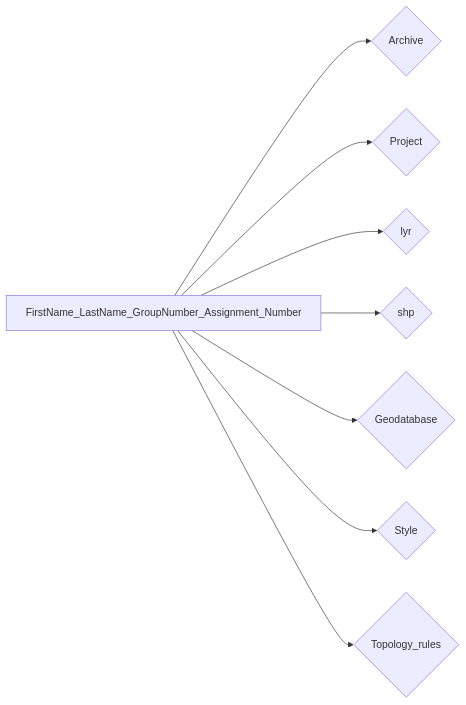
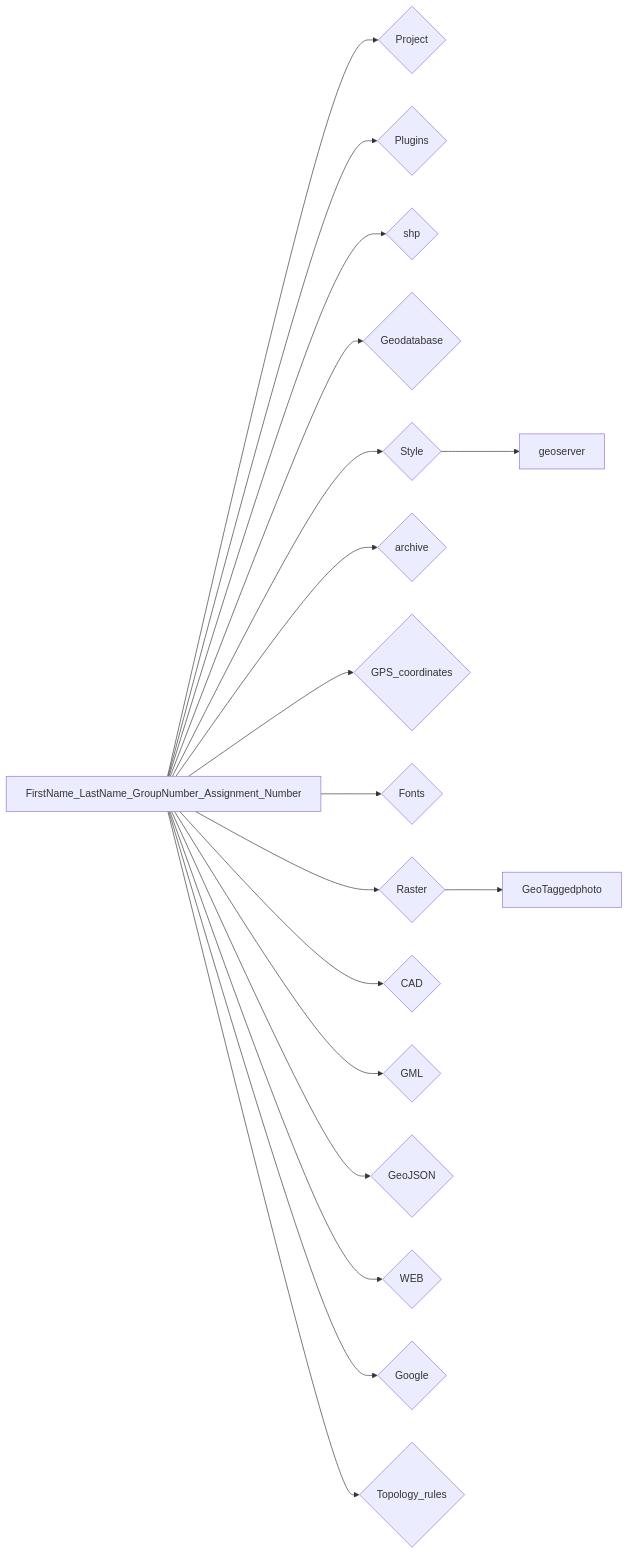
The diagram in docs/GIS_SKA/Lab/Topology.md (ezdanapak/GTU-GIS), drawn with Mermaid before and after one commit. The commit also changed other lines of this file, not shown here.

````diff
--- a/docs/GIS_SKA/Lab/Topology.md
+++ b/docs/GIS_SKA/Lab/Topology.md
@@ -67,10 +81,22 @@
 ``` mermaid
 graph LR
-  A[FirstName_LastName_GroupNumber_Assignment_Number] --> B{Archive};
-  A[FirstName_LastName_GroupNumber_Assignment_Number] --> C{Project};
-  A[FirstName_LastName_GroupNumber_Assignment_Number] --> D{lyr};
-  A[FirstName_LastName_GroupNumber_Assignment_Number] --> E{shp};
-  A[FirstName_LastName_GroupNumber_Assignment_Number] --> F{Geodatabase};
-  A[FirstName_LastName_GroupNumber_Assignment_Number] --> G{Style};
-  A[FirstName_LastName_GroupNumber_Assignment_Number] --> H{Topology_rules};
+  A[FirstName_LastName_GroupNumber_Assignment_Number] --> B{Project};
+  A[FirstName_LastName_GroupNumber_Assignment_Number] --> C{Plugins};
+  A[FirstName_LastName_GroupNumber_Assignment_Number] --> D{shp};
+  A[FirstName_LastName_GroupNumber_Assignment_Number] --> E{Geodatabase};
+  A[FirstName_LastName_GroupNumber_Assignment_Number] --> F{Style};
+  A[FirstName_LastName_GroupNumber_Assignment_Number] --> G{archive};
+  A[FirstName_LastName_GroupNumber_Assignment_Number] --> H{GPS_coordinates};
+  A[FirstName_LastName_GroupNumber_Assignment_Number] --> I{Fonts};
+  A[FirstName_LastName_GroupNumber_Assignment_Number] --> J{Raster};
+  J --> K[GeoTaggedphoto];
+  A[FirstName_LastName_GroupNumber_Assignment_Number] --> L{CAD};
+  A[FirstName_LastName_GroupNumber_Assignment_Number] --> M{GML};
+  A[FirstName_LastName_GroupNumber_Assignment_Number] --> N{GeoJSON};
+  F --> O[geoserver];
+  A[FirstName_LastName_GroupNumber_Assignment_Number] --> P{WEB};
+  A[FirstName_LastName_GroupNumber_Assignment_Number] --> Q{Google};
+  A[FirstName_LastName_GroupNumber_Assignment_Number] --> R{Topology_rules};
+
+
 ```
````
